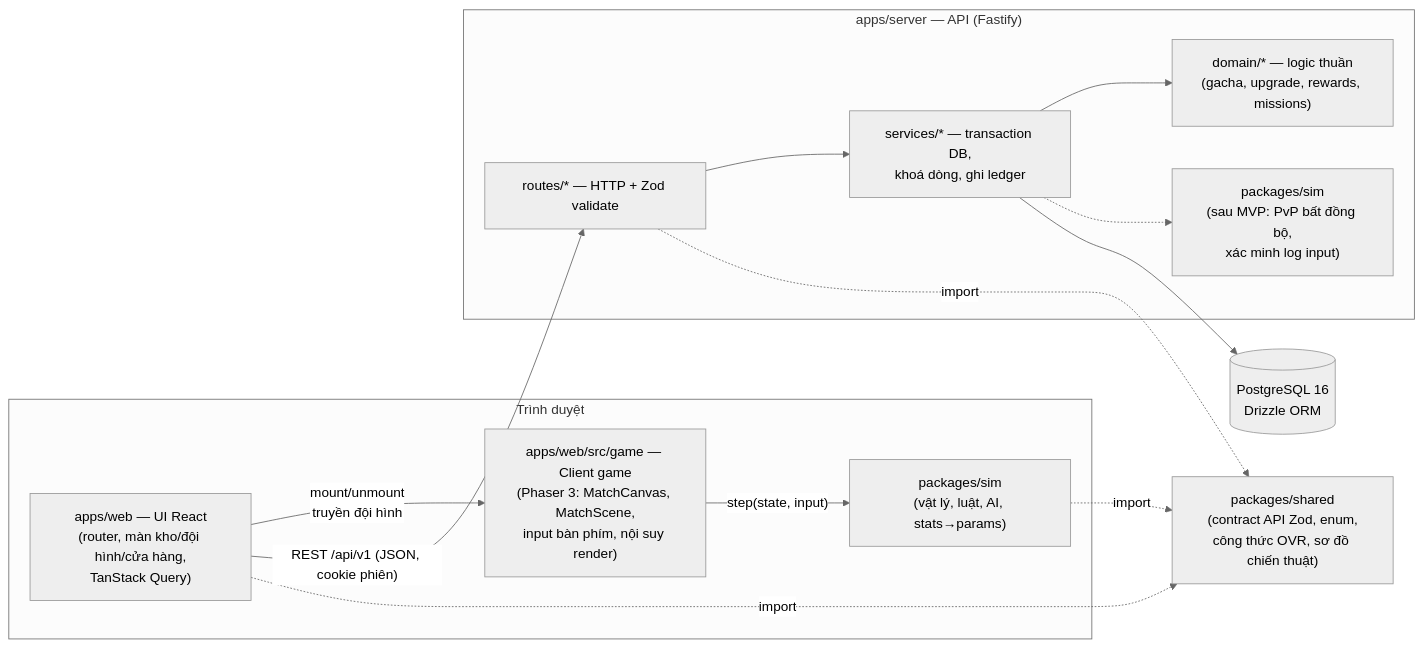
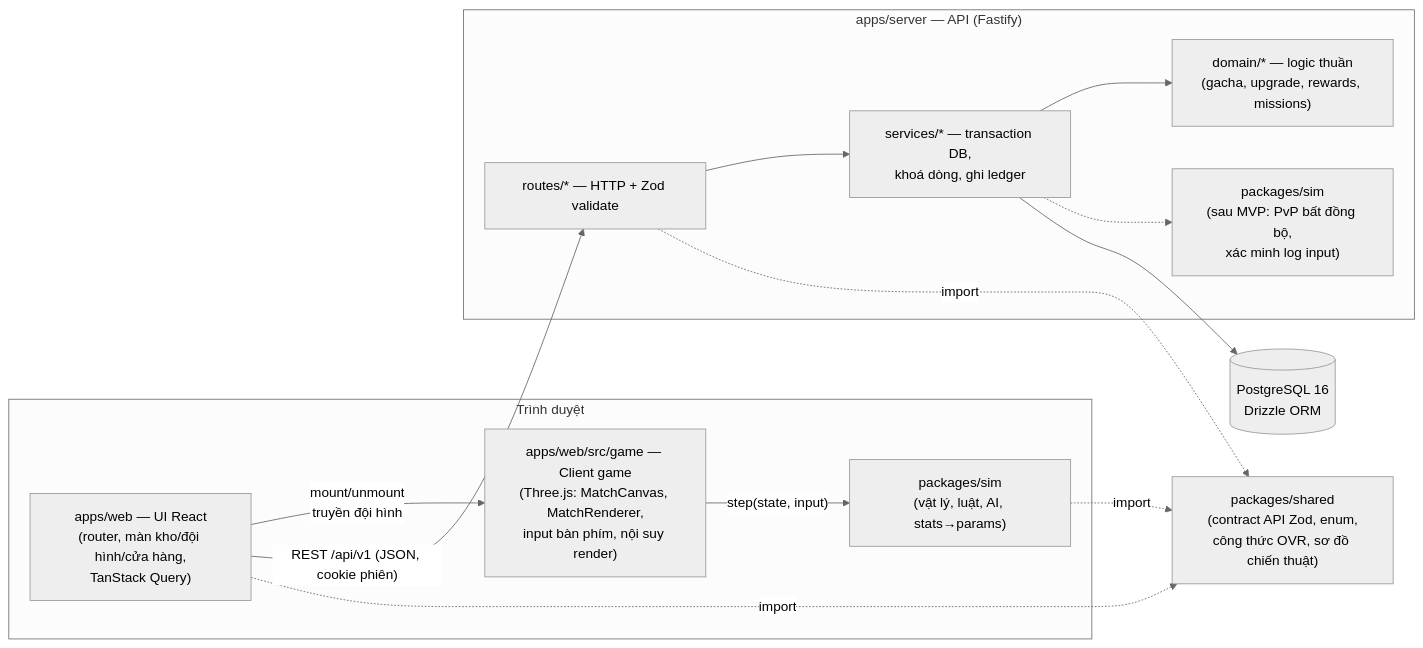
The first of 3 diagrams in docs/ARCHITECTURE.md (DucDuyNguyen15-IT/my-football-game), drawn with Mermaid (neutral theme) before and after one commit. The commit also changed other lines of this file and 27 other files, not shown here.

First line of the commit message:
feat(web): 5.18a render trận 3D bằng Three.js, camera truyền hình

````diff
--- a/docs/ARCHITECTURE.md
+++ b/docs/ARCHITECTURE.md
@@ -18,28 +18,28 @@
 ```mermaid
 flowchart LR
   subgraph Browser["Trình duyệt"]
     UI["apps/web — UI React<br/>(router, màn kho/đội hình/cửa hàng,<br/>TanStack Query)"]
-    GAME["apps/web/src/game — Client game<br/>(Phaser 3: MatchCanvas, MatchScene,<br/>input bàn phím, nội suy render)"]
+    GAME["apps/web/src/game — Client game<br/>(Three.js: MatchCanvas, MatchRenderer,<br/>input bàn phím, nội suy render)"]
     SIM_C["packages/sim<br/>(vật lý, luật, AI, stats→params)"]
     UI -- "mount/unmount<br/>truyền đội hình" --> GAME
     GAME -- "step(state, input)" --> SIM_C
   end
 
   subgraph Server["apps/server — API (Fastify)"]
     ROUTES["routes/* — HTTP + Zod validate"]
     DOMAIN["domain/* — logic thuần<br/>(gacha, upgrade, rewards, missions)"]
     SERVICES["services/* — transaction DB,<br/>khoá dòng, ghi ledger"]
     SIM_S["packages/sim<br/>(sau MVP: PvP bất đồng bộ,<br/>xác minh log input)"]
     ROUTES --> SERVICES --> DOMAIN
     SERVICES -.-> SIM_S
   end
 
   SHARED["packages/shared<br/>(contract API Zod, enum,<br/>công thức OVR, sơ đồ chiến thuật)"]
   DB[("PostgreSQL 16<br/>Drizzle ORM")]
 
   UI -- "REST /api/v1 (JSON, cookie phiên)" --> ROUTES
   SERVICES --> DB
   UI -.import.-> SHARED
   ROUTES -.import.-> SHARED
   SIM_C -.import.-> SHARED
 ```
````
